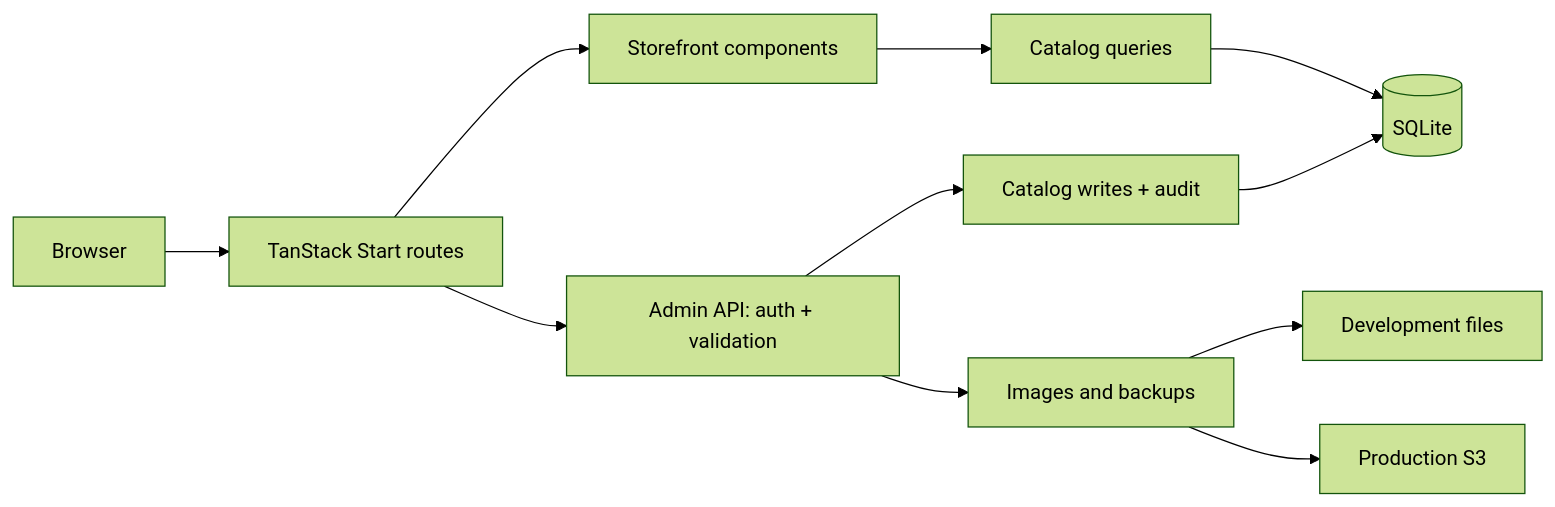
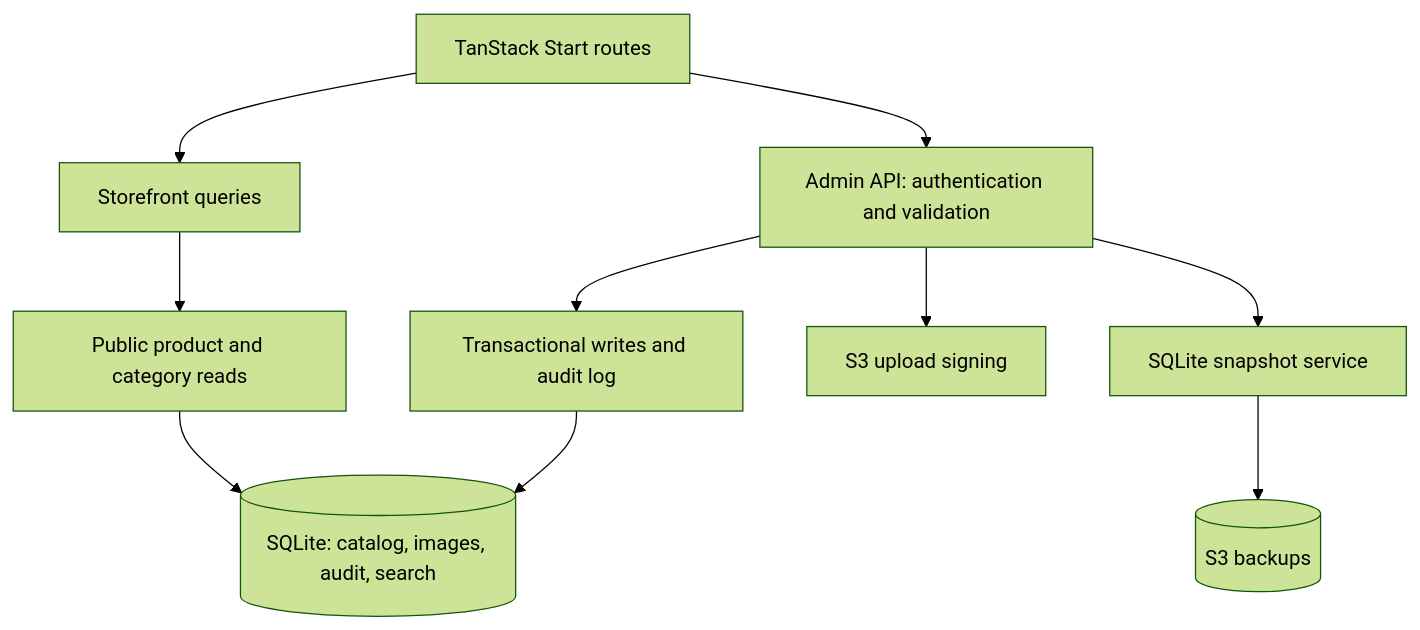
One commit to gchape/beautycode changed the first of 5 diagrams in README.md. Above: the diagram before and after it, drawn with Mermaid (forest theme). The commit also changed other lines of this file and 1 other file, not shown here.

Commit message:
docs: clarify production deployment

````diff
--- a/README.md
+++ b/README.md
@@ -61,13 +82,12 @@
 ```mermaid
-flowchart LR
-    Browser --> Routes["TanStack Start routes"]
-    Routes --> Storefront["Storefront components"]
-    Routes --> Admin["Admin API: auth + validation"]
-    Storefront --> Catalog["Catalog queries"]
-    Admin --> Repository["Catalog writes + audit"]
-    Catalog --> SQLite[(SQLite)]
-    Repository --> SQLite
-    Admin --> Storage["Images and backups"]
-    Storage --> Local["Development files"]
-    Storage --> AWS["Production S3"]
+flowchart TD
+    Routes["TanStack Start routes"] --> Public["Storefront queries"]
+    Routes --> Admin["Admin API: authentication and validation"]
+    Public --> Reads["Public product and category reads"]
+    Admin --> Writes["Transactional writes and audit log"]
+    Reads --> DB[("SQLite: catalog, images, audit, search")]
+    Writes --> DB
+    Admin --> Signing["S3 upload signing"]
+    Admin --> Snapshot["SQLite snapshot service"]
+    Snapshot --> BackupBucket[("S3 backups")]
 ```
````
